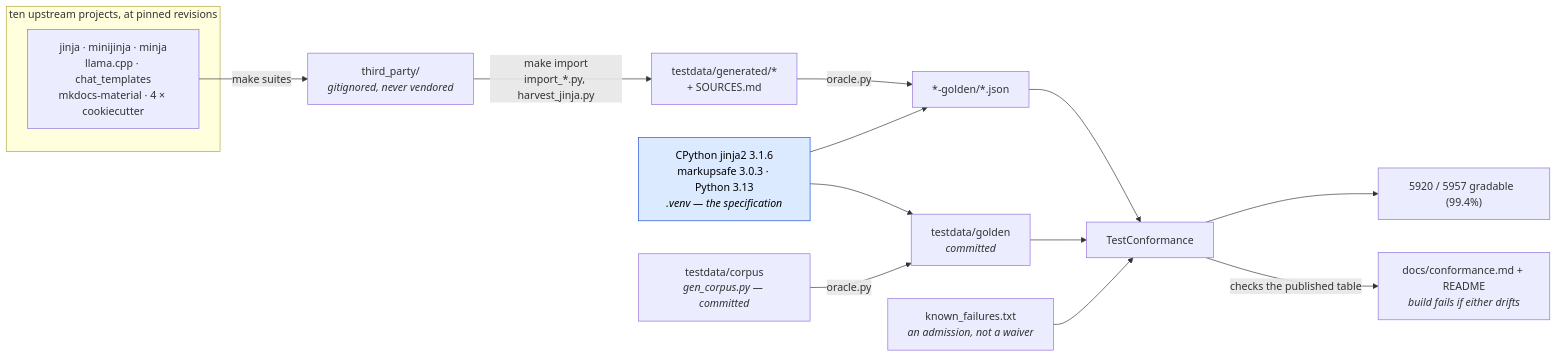
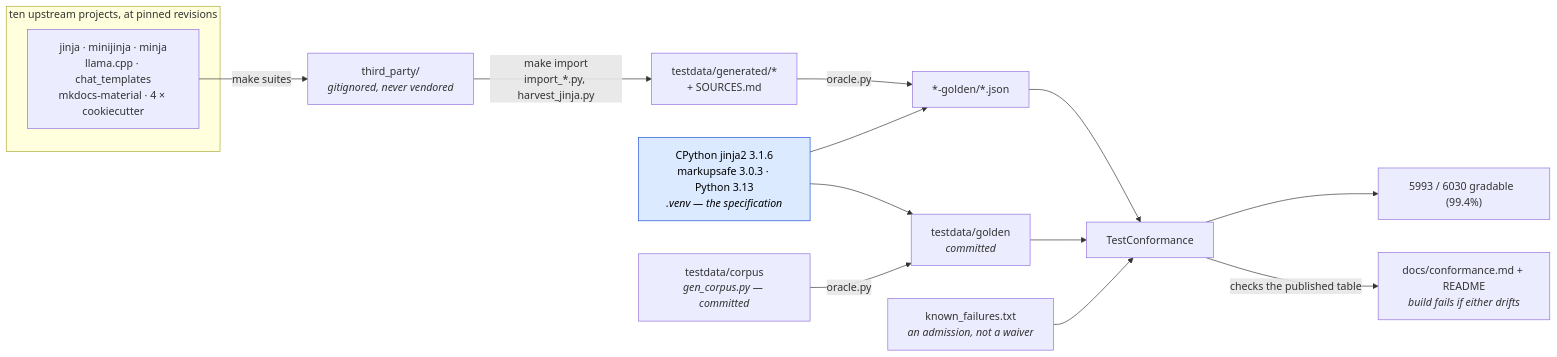
One commit to mgilbir/gojja2 changed the first of 2 diagrams in docs/conformance.md. Above: the diagram before and after it, drawn with Mermaid. The commit also changed other lines of this file and 343 other files, not shown here.

````diff
--- a/docs/conformance.md
+++ b/docs/conformance.md
@@ -17,24 +17,24 @@
 ```mermaid
 flowchart LR
     subgraph up["ten upstream projects, at pinned revisions"]
         U1["jinja · minijinja · minja<br/>llama.cpp · chat_templates<br/>mkdocs-material · 4 × cookiecutter"]
     end
     U1 -->|"make suites"| TP["third_party/<br/><i>gitignored, never vendored</i>"]
     TP -->|"make import<br/>import_*.py, harvest_jinja.py"| GEN["testdata/generated/*<br/>+ SOURCES.md"]
 
     ORA["CPython jinja2 3.1.6<br/>markupsafe 3.0.3 · Python 3.13<br/><i>.venv — the specification</i>"]
     GEN -->|"oracle.py"| G2["*-golden/*.json"]
     ORA --> G2
 
     OWN["testdata/corpus<br/><i>gen_corpus.py — committed</i>"] -->|"oracle.py"| G1["testdata/golden<br/><i>committed</i>"]
     ORA --> G1
 
     G1 --> TC["TestConformance"]
     G2 --> TC
     KF["known_failures.txt<br/><i>an admission, not a waiver</i>"] --> TC
-    TC --> RATE["5920 / 5957 gradable  (99.4%)"]
+    TC --> RATE["5993 / 6030 gradable  (99.4%)"]
     TC -->|"checks the published table"| RM["docs/conformance.md + README<br/><i>build fails if either drifts</i>"]
 
     classDef spec fill:#dbeafe,stroke:#1d4ed8,color:#000
     class ORA spec
 ```
````
